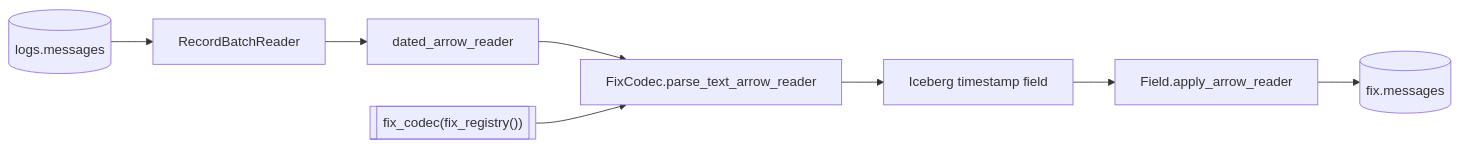
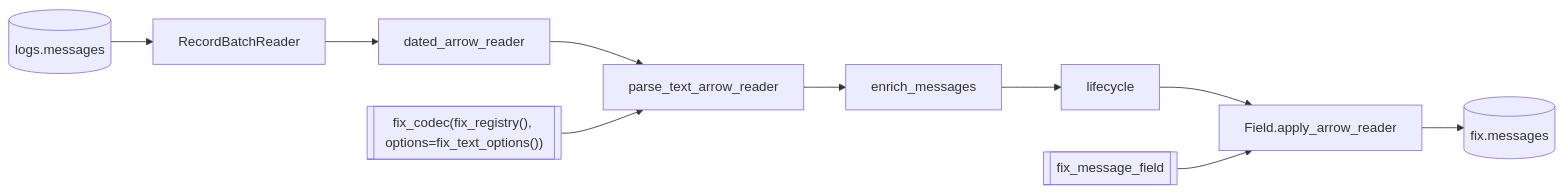
The diagram in docs/pipeline/tasks/parse-fix.md (Platob/yggfin), drawn with Mermaid before and after one commit. The commit also changed other lines of this file and 118 other files, not shown here.

````diff
--- a/docs/pipeline/tasks/parse-fix.md
+++ b/docs/pipeline/tasks/parse-fix.md
@@ -38,10 +75,12 @@
 ```mermaid
 flowchart LR
     M[("logs.messages")] --> R["RecordBatchReader"]
     R --> T["dated_arrow_reader"]
-    T --> P["FixCodec.parse_text_arrow_reader"]
-    D[["fix_codec(fix_registry())"]] --> P
-    P --> N["Iceberg timestamp field"]
-    N --> A["Field.apply_arrow_reader"]
+    T --> P["parse_text_arrow_reader"]
+    D[["fix_codec(fix_registry(), options=fix_text_options())"]] --> P
+    P --> E["enrich_messages"]
+    E --> L["lifecycle"]
+    L --> A["Field.apply_arrow_reader"]
+    N[["fix_message_field"]] --> A
     A --> F[("fix.messages")]
 ```
````
